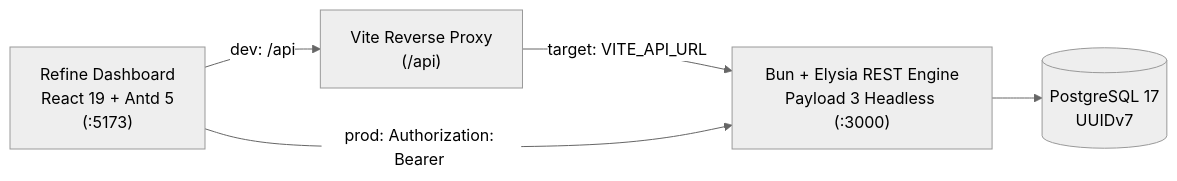
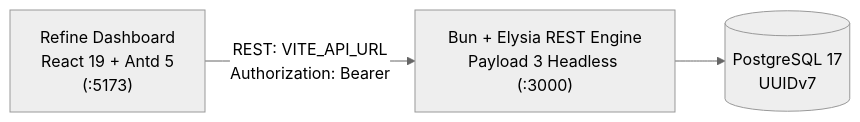
One commit to zeetec20/elysia-headless-cms changed the diagram in README.md. Above: the diagram before and after it, drawn with Mermaid (neutral theme). The commit also changed other lines of this file and 5 other files, not shown here.

First line of the commit message:
🔧 refactor(dashboard): call the REST API directly and drop the Vite proxy

````diff
--- a/README.md
+++ b/README.md
@@ -14,12 +14,9 @@
 ```mermaid
 graph LR
   UI["Refine Dashboard<br/>React 19 + Antd 5<br/>(:5173)"]
-  Vite["Vite Reverse Proxy<br/>(/api)"]
   API["Bun + Elysia REST Engine<br/>Payload 3 Headless (:3000)"]
   DB[("PostgreSQL 17<br/>UUIDv7")]
 
-  UI -- "dev: /api" --> Vite
-  Vite -- "target: VITE_API_URL" --> API
-  UI -- "prod: Authorization: Bearer <token>" --> API
+  UI -- "REST: VITE_API_URL<br/>Authorization: Bearer <token>" --> API
   API --> DB
 ```
````
